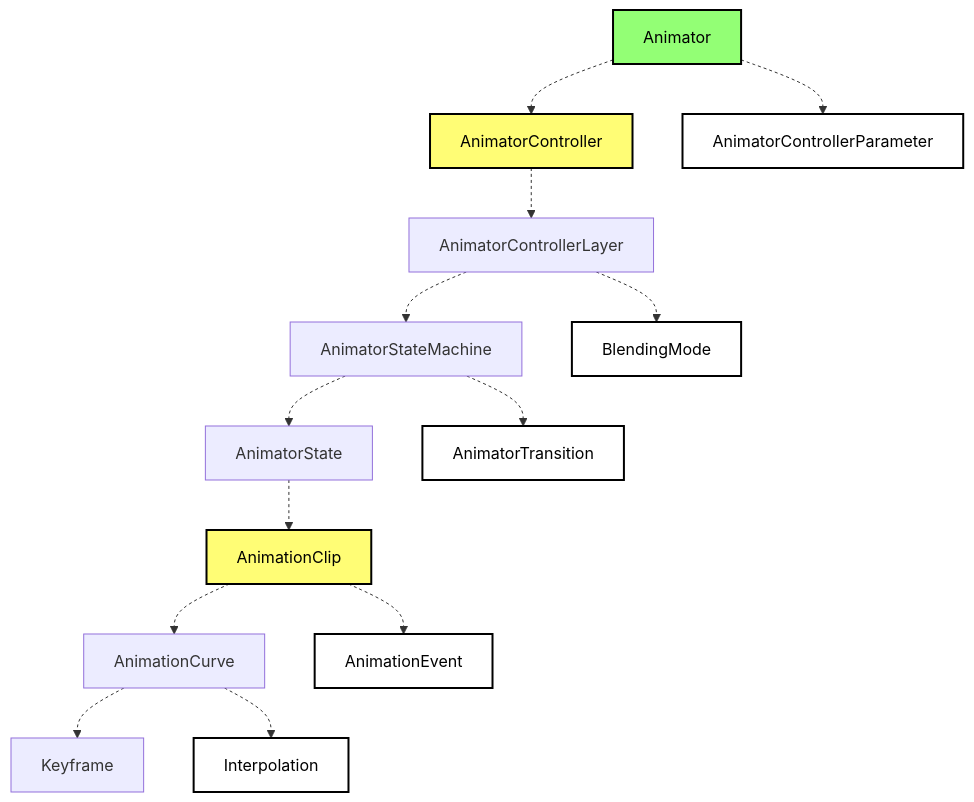
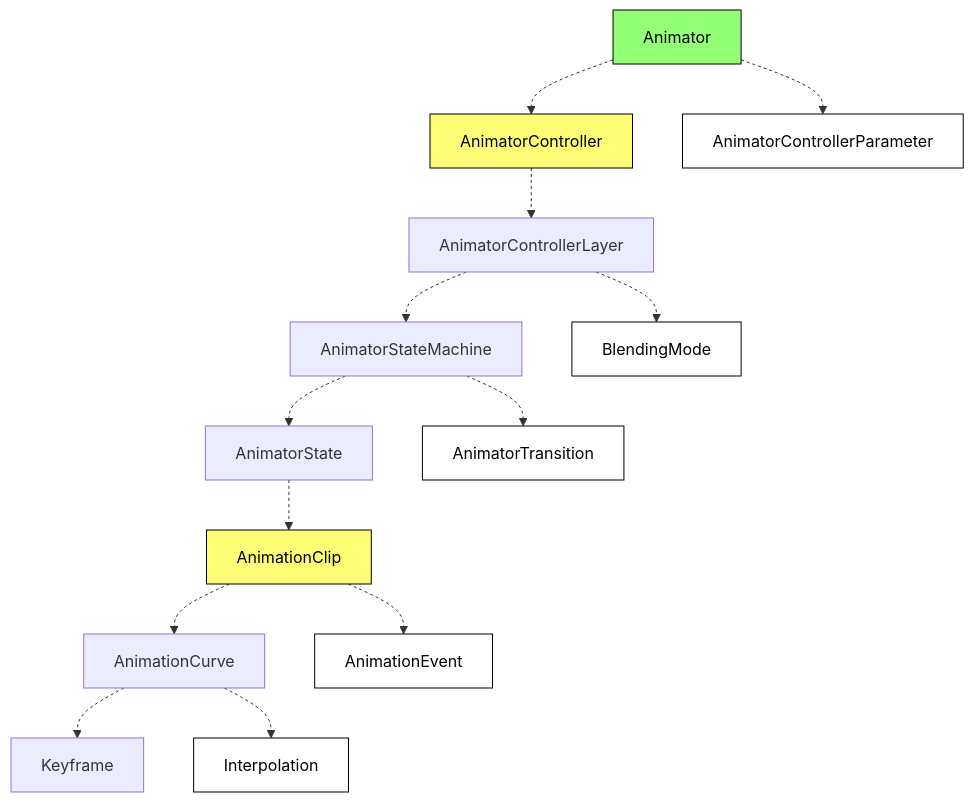
One commit to galacean/galacean.github.io changed the diagram in docs/animation-system.zh-CN.md. Above: the diagram before and after it, drawn with Mermaid.

Commit message:
refactor: animation doc

````diff
--- a/docs/animation-system.zh-CN.md
+++ b/docs/animation-system.zh-CN.md
@@ -10,21 +10,21 @@
 ```mermaid
 flowchart TD
 	%% Colors %%
 		linkStyle default stroke-width:1px,stroke-dasharray:3
-		classDef white fill:white,stroke:#000,stroke-width:2px,color:#000
-		classDef yellow fill:#fffd75,stroke:#000,stroke-width:2px,color:#000
-		classDef green fill:#93ff75,stroke:#000,stroke-width:2px,color:#000
+		classDef white fill:white,stroke:#000,stroke-width:1px,color:#000
+		classDef yellow fill:#fffd75,stroke:#000,stroke-width:1px,color:#000
+		classDef green fill:#93ff75,stroke:#000,stroke-width:1px,color:#000
 
     Animator:::green --> AnimatorController:::yellow
     Animator --> AnimatorControllerParameter:::white
     AnimatorController --> AnimatorControllerLayer
     AnimatorControllerLayer --> AnimatorStateMachine
     AnimatorControllerLayer --> BlendingMode:::white
     AnimatorStateMachine --> AnimatorState
     AnimatorStateMachine --> AnimatorTransition:::white
     AnimatorState --> AnimationClip
     AnimationClip:::yellow --> AnimationCurve
     AnimationClip --> AnimationEvent:::white
     AnimationCurve --> Keyframe
     AnimationCurve --> Interpolation:::white
  ```
````
